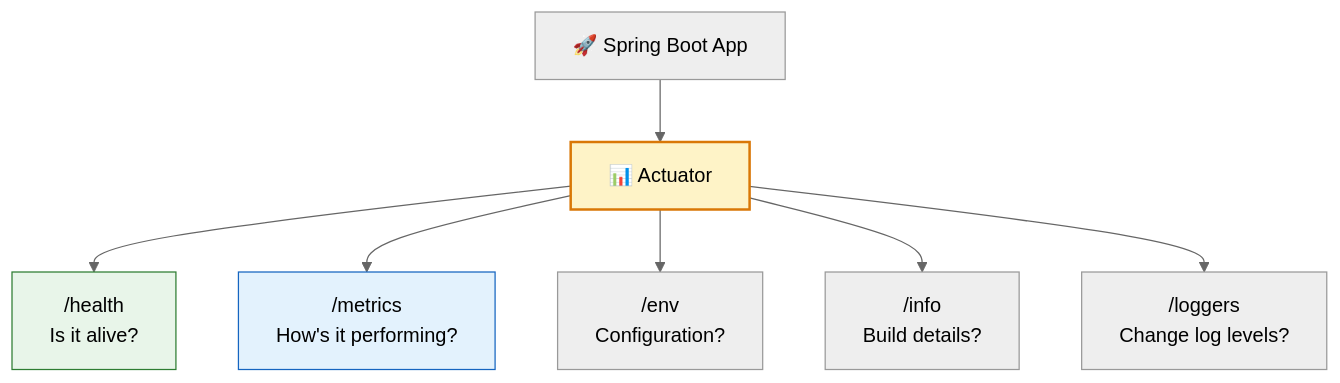
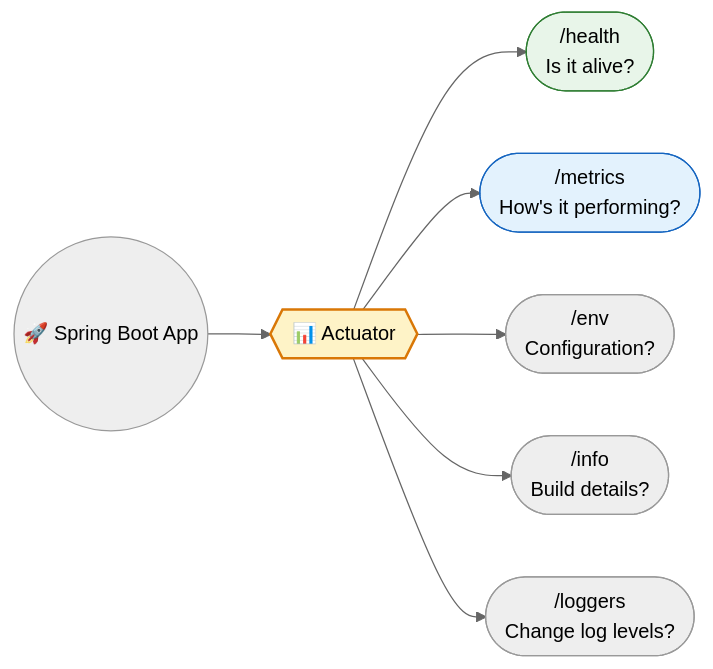
The first of 3 diagrams in docs/springboot/actuator.md (saivamsikaruturi/vamsilabs-dev-notes-main), drawn with Mermaid (neutral theme) before and after one commit. The commit also changed other lines of this file and 146 other files, not shown here.

Commit message:
Horizontal diagrams, UML class diagrams, typography overhaul, and permalink cleanup

````diff
--- a/docs/springboot/actuator.md
+++ b/docs/springboot/actuator.md
@@ -10,13 +10,13 @@
 ```mermaid
-flowchart TD
-    App["🚀 Spring Boot App"] --> Act["📊 Actuator"]
-    Act --> H["/health<br/>Is it alive?"]
-    Act --> M["/metrics<br/>How's it performing?"]
-    Act --> E["/env<br/>Configuration?"]
-    Act --> I["/info<br/>Build details?"]
-    Act --> L["/loggers<br/>Change log levels?"]
+flowchart LR
+    App(("🚀 Spring Boot App")) --> Act{{"📊 Actuator"}}
+    Act --> H(["/health<br/>Is it alive?"])
+    Act --> M(["/metrics<br/>How's it performing?"])
+    Act --> E(["/env<br/>Configuration?"])
+    Act --> I(["/info<br/>Build details?"])
+    Act --> L(["/loggers<br/>Change log levels?"])
 
     style Act fill:#FEF3C7,stroke:#D97706,stroke-width:2px,color:#000
     style H fill:#E8F5E9,stroke:#2E7D32,color:#000
     style M fill:#E3F2FD,stroke:#1565C0,color:#000
 ```
````
